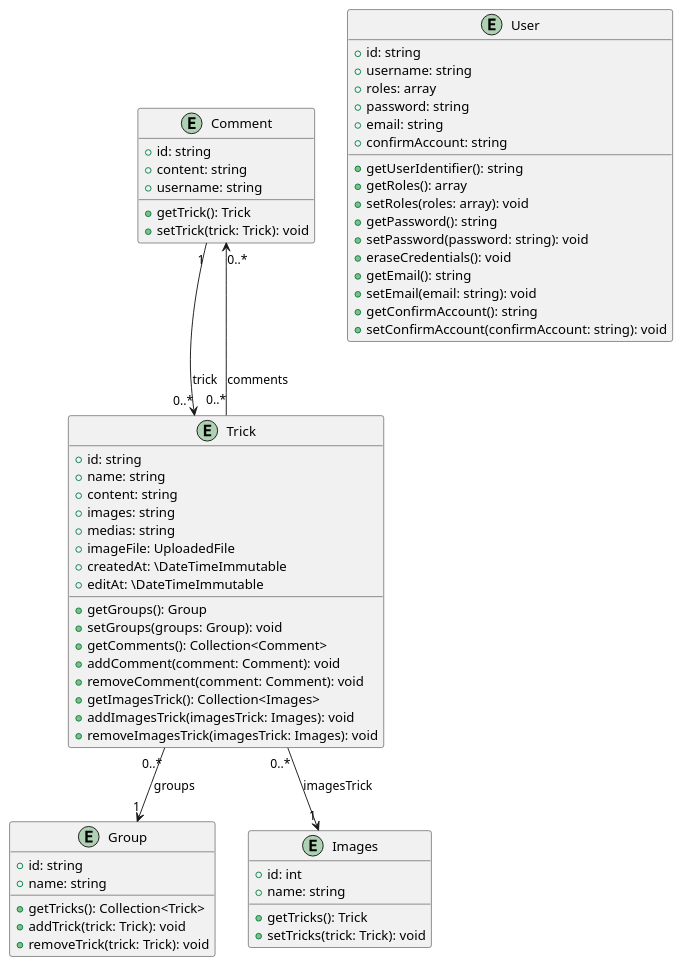
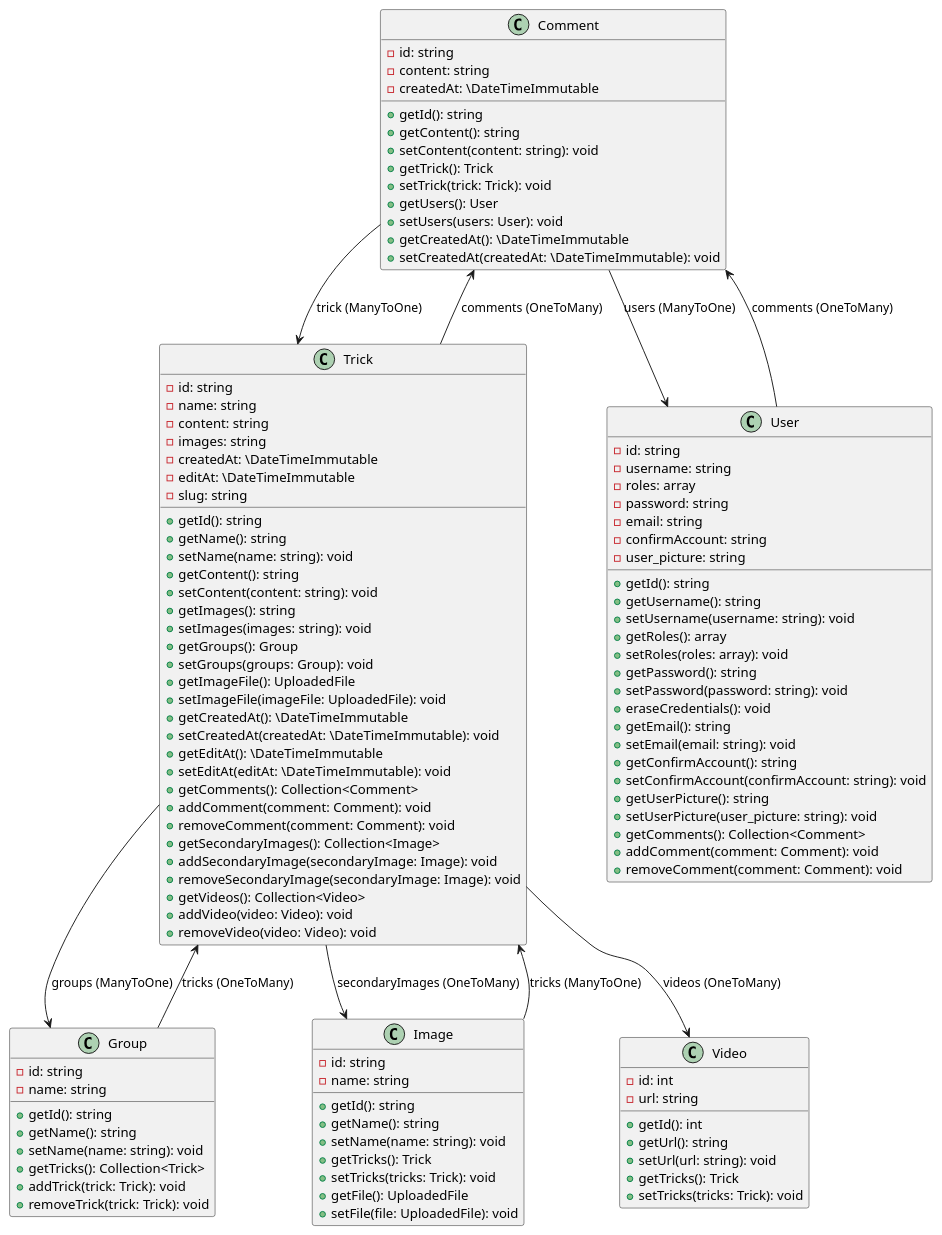
The diagram in documentation/class/class_diagram.puml (Waarrez/P6), drawn with PlantUML before and after one commit. The commit also changed 66 other files, not shown here.

```diff
--- a/documentation/class/class_diagram.puml
+++ b/documentation/class/class_diagram.puml
@@ -1,69 +1,127 @@
 @startuml
-
-entity "Comment" {
-  +id: string
-  +content: string
-  +username: string
-  +getTrick(): Trick
-  +setTrick(trick: Trick): void
+' Définition des classes
+class Comment {
+    - id: string
+    - content: string
+    - createdAt: \DateTimeImmutable
+    + getId(): string
+    + getContent(): string
+    + setContent(content: string): void
+    + getTrick(): Trick
+    + setTrick(trick: Trick): void
+    + getUsers(): User
+    + setUsers(users: User): void
+    + getCreatedAt(): \DateTimeImmutable
+    + setCreatedAt(createdAt: \DateTimeImmutable): void
 }
 
-entity "Group" {
-  +id: string
-  +name: string
-  +getTricks(): Collection<Trick>
-  +addTrick(trick: Trick): void
-  +removeTrick(trick: Trick): void
+class Group {
+    - id: string
+    - name: string
+    + getId(): string
+    + getName(): string
+    + setName(name: string): void
+    + getTricks(): Collection<Trick>
+    + addTrick(trick: Trick): void
+    + removeTrick(trick: Trick): void
 }
 
-entity "Images" {
-  +id: int
-  +name: string
-  +getTricks(): Trick
-  +setTricks(trick: Trick): void
+class Image {
+    - id: string
+    - name: string
+    + getId(): string
+    + getName(): string
+    + setName(name: string): void
+    + getTricks(): Trick
+    + setTricks(tricks: Trick): void
+    + getFile(): UploadedFile
+    + setFile(file: UploadedFile): void
 }
 
-entity "Trick" {
-  +id: string
-  +name: string
-  +content: string
-  +images: string
-  +medias: string
-  +imageFile: UploadedFile
-  +createdAt: \DateTimeImmutable
-  +editAt: \DateTimeImmutable
-  +getGroups(): Group
-  +setGroups(groups: Group): void
-  +getComments(): Collection<Comment>
-  +addComment(comment: Comment): void
-  +removeComment(comment: Comment): void
-  +getImagesTrick(): Collection<Images>
-  +addImagesTrick(imagesTrick: Images): void
-  +removeImagesTrick(imagesTrick: Images): void
+class Trick {
+    - id: string
+    - name: string
+    - content: string
+    - images: string
+    - createdAt: \DateTimeImmutable
+    - editAt: \DateTimeImmutable
+    - slug: string
+    + getId(): string
+    + getName(): string
+    + setName(name: string): void
+    + getContent(): string
+    + setContent(content: string): void
+    + getImages(): string
+    + setImages(images: string): void
+    + getGroups(): Group
+    + setGroups(groups: Group): void
+    + getImageFile(): UploadedFile
+    + setImageFile(imageFile: UploadedFile): void
+    + getCreatedAt(): \DateTimeImmutable
+    + setCreatedAt(createdAt: \DateTimeImmutable): void
+    + getEditAt(): \DateTimeImmutable
+    + setEditAt(editAt: \DateTimeImmutable): void
+    + getComments(): Collection<Comment>
+    + addComment(comment: Comment): void
+    + removeComment(comment: Comment): void
+    + getSecondaryImages(): Collection<Image>
+    + addSecondaryImage(secondaryImage: Image): void
+    + removeSecondaryImage(secondaryImage: Image): void
+    + getVideos(): Collection<Video>
+    + addVideo(video: Video): void
+    + removeVideo(video: Video): void
 }
 
-entity "User" {
-  +id: string
-  +username: string
-  +roles: array
-  +password: string
-  +email: string
-  +confirmAccount: string
-  +getUserIdentifier(): string
-  +getRoles(): array
-  +setRoles(roles: array): void
-  +getPassword(): string
-  +setPassword(password: string): void
-  +eraseCredentials(): void
-  +getEmail(): string
-  +setEmail(email: string): void
-  +getConfirmAccount(): string
-  +setConfirmAccount(confirmAccount: string): void
+class User {
+    - id: string
+    - username: string
+    - roles: array
+    - password: string
+    - email: string
+    - confirmAccount: string
+    - user_picture: string
+    + getId(): string
+    + getUsername(): string
+    + setUsername(username: string): void
+    + getRoles(): array
+    + setRoles(roles: array): void
+    + getPassword(): string
+    + setPassword(password: string): void
+    + eraseCredentials(): void
+    + getEmail(): string
+    + setEmail(email: string): void
+    + getConfirmAccount(): string
+    + setConfirmAccount(confirmAccount: string): void
+    + getUserPicture(): string
+    + setUserPicture(user_picture: string): void
+    + getComments(): Collection<Comment>
+    + addComment(comment: Comment): void
+    + removeComment(comment: Comment): void
 }
 
-Comment "1" --> "0..*" Trick: trick
-Trick "0..*" --> "1" Group: groups
-Trick "0..*" --> "1" Images: imagesTrick
-Trick "0..*" --> "0..*" Comment: comments
+class Video {
+    - id: int
+    - url: string
+    + getId(): int
+    + getUrl(): string
+    + setUrl(url: string): void
+    + getTricks(): Trick
+    + setTricks(tricks: Trick): void
+}
+
+' Définition des relations entre les classes
+Comment --> Trick : trick (ManyToOne)
+Comment --> User : users (ManyToOne)
+
+Group --> Trick : tricks (OneToMany)
+
+Image --> Trick : tricks (ManyToOne)
+
+Trick --> Group : groups (ManyToOne)
+Trick --> Comment : comments (OneToMany)
+Trick --> Image : secondaryImages (OneToMany)
+Trick --> Video : videos (OneToMany)
+
+User --> Comment : comments (OneToMany)
 
 @enduml
```
